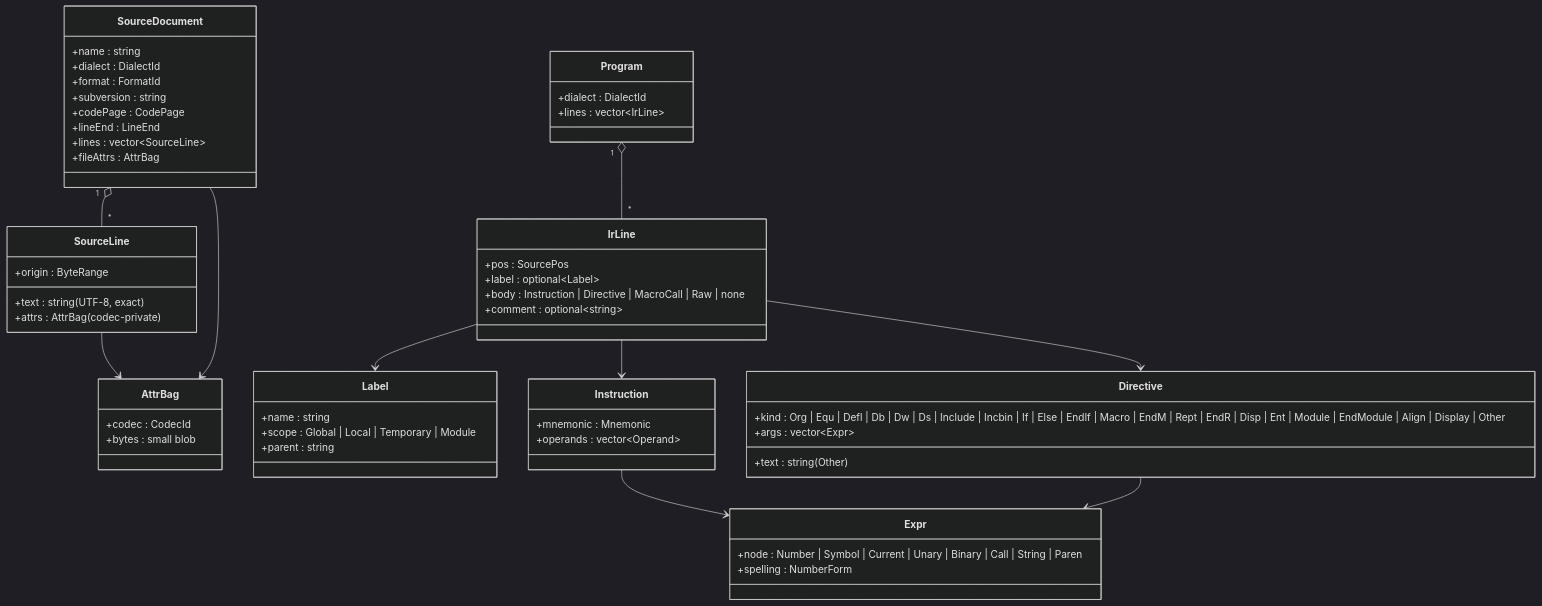
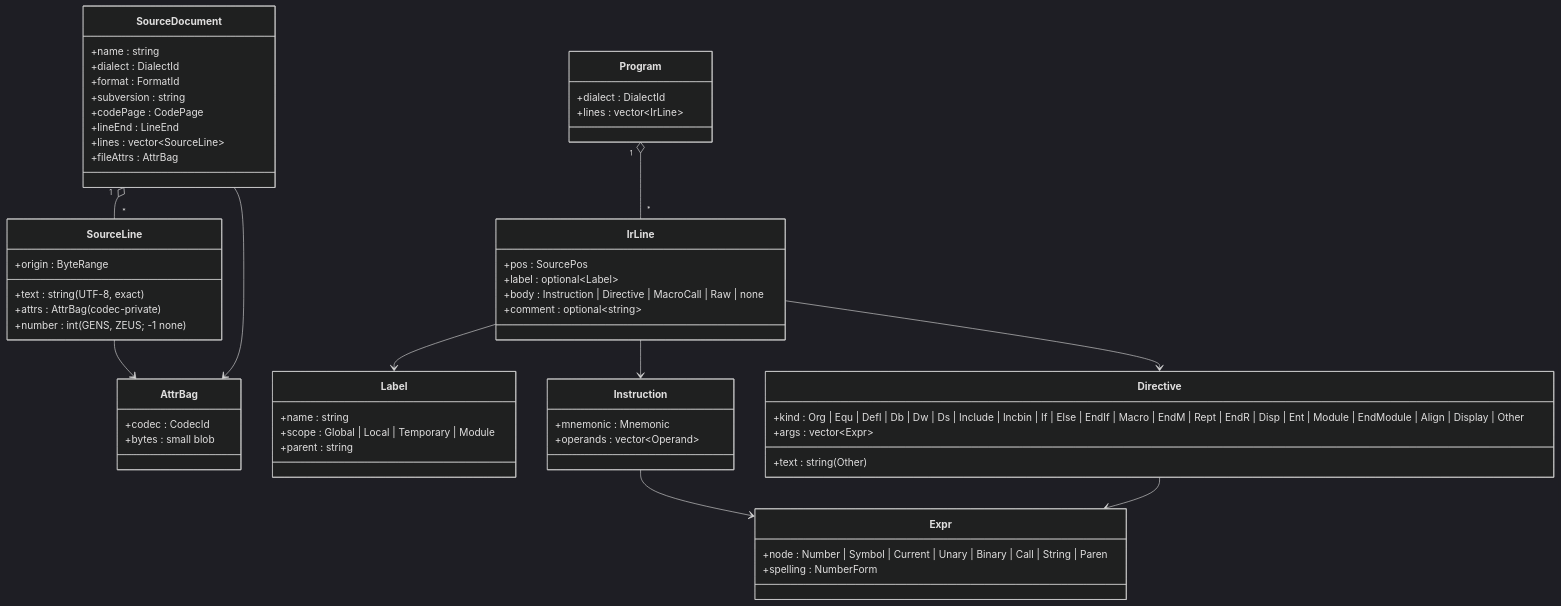
Before and after one commit to alfishe/unreal-ng: the second of 9 diagrams in docs/inprogress/2026-10-05-unreal-asm/architecture.md, drawn with Mermaid (dark theme). The commit also changed other lines of this file and 56 other files, not shown here.

````diff
--- a/docs/inprogress/2026-10-05-unreal-asm/architecture.md
+++ b/docs/inprogress/2026-10-05-unreal-asm/architecture.md
@@ -58,59 +58,60 @@
 ```mermaid
 classDiagram
     class SourceDocument {
         +name : string
         +dialect : DialectId
         +format : FormatId
         +subversion : string
         +codePage : CodePage
         +lineEnd : LineEnd
         +lines : vector~SourceLine~
         +fileAttrs : AttrBag
     }
     class SourceLine {
         +text : string (UTF-8, exact)
         +attrs : AttrBag (codec-private)
+        +number : int (GENS, ZEUS; -1 none)
         +origin : ByteRange
     }
     class AttrBag {
         +codec : CodecId
         +bytes : small blob
     }
     class Program {
         +dialect : DialectId
         +lines : vector~IrLine~
     }
     class IrLine {
         +pos : SourcePos
         +label : optional~Label~
         +body : Instruction | Directive | MacroCall | Raw | none
         +comment : optional~string~
     }
     class Label {
         +name : string
         +scope : Global | Local | Temporary | Module
         +parent : string
     }
     class Instruction {
         +mnemonic : Mnemonic
         +operands : vector~Operand~
     }
     class Directive {
         +kind : Org | Equ | Defl | Db | Dw | Ds | Include | Incbin | If | Else | EndIf | Macro | EndM | Rept | EndR | Disp | Ent | Module | EndModule | Align | Display | Other
         +args : vector~Expr~
         +text : string (Other)
     }
     class Expr {
         +node : Number | Symbol | Current | Unary | Binary | Call | String | Paren
         +spelling : NumberForm
     }
     SourceDocument "1" o-- "*" SourceLine
     SourceLine --> AttrBag
     SourceDocument --> AttrBag
     Program "1" o-- "*" IrLine
     IrLine --> Label
     IrLine --> Instruction
     IrLine --> Directive
     Instruction --> Expr
     Directive --> Expr
 ```
````
